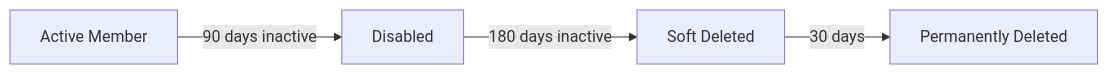
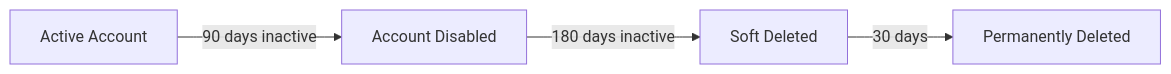
The first of 2 diagrams in docs/docs/runbooks.md (LukeEvansTech/col-entra-id), drawn with Mermaid before and after one commit. The commit also changed other lines of this file and 8 other files, not shown here.

````diff
--- a/docs/docs/runbooks.md
+++ b/docs/docs/runbooks.md
@@ -9,6 +9,6 @@
 ```mermaid
-graph LR
-    A[Active Member] -->|90 days inactive| B[Disabled]
+flowchart LR
+    A[Active Account] -->|90 days inactive| B[Account Disabled]
     B -->|180 days inactive| C[Soft Deleted]
     C -->|30 days| D[Permanently Deleted]
 ```
````
